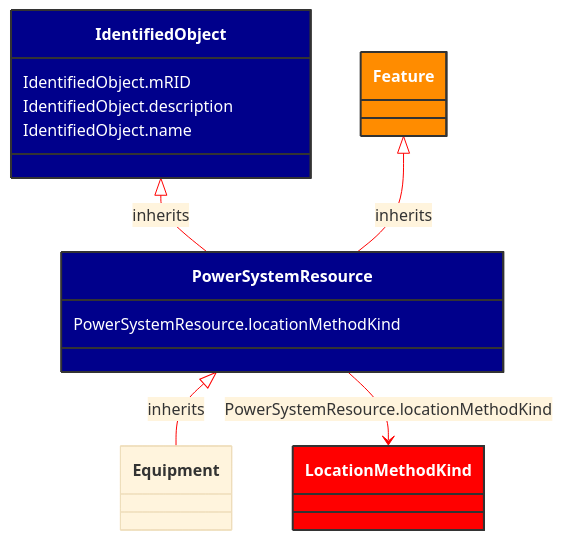
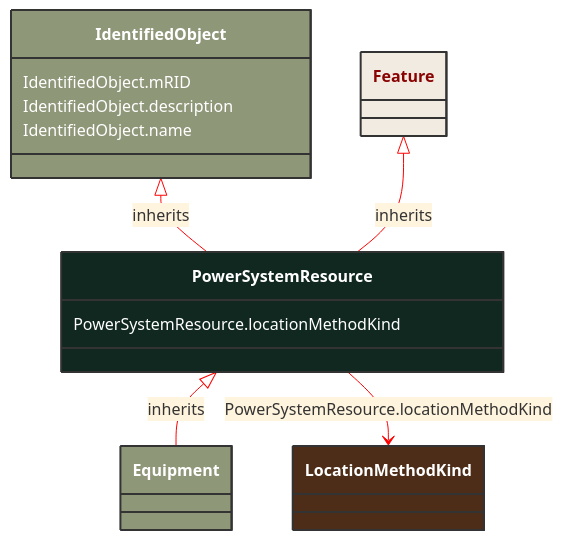
Before and after one commit to 3lbits/NoCIMExtensions: the diagram in docs/Models/Profiles/AviationObstacle/AbstractClasses/PowerSystemResource.md, drawn with Mermaid. The commit also changed 190 other files, not shown here.

````diff
--- a/docs/Models/Profiles/AviationObstacle/AbstractClasses/PowerSystemResource.md
+++ b/docs/Models/Profiles/AviationObstacle/AbstractClasses/PowerSystemResource.md
@@ -10,35 +10,33 @@
 ```mermaid
 %%{init: {'theme':'base','themeVariables': {'lineColor': '#FF0000'}}}%%
 classDiagram
     class PowerSystemResource
     click PowerSystemResource href "/Models/Profiles/AviationObstacle/AbstractClasses/PowerSystemResource/"
-    style PowerSystemResource fill:#006400,stroke:#333,stroke-width:2px,rx:10,ry:10,color:white
+    style PowerSystemResource fill:#102820,stroke:#333,stroke-width:2px,rx:10,ry:10,color:white
 
         PowerSystemResource <|-- Equipment : inherits
-            click PowerSystemResource href "/Models/Profiles/AviationObstacle/AbstractClasses/PowerSystemResource/"
-            style PowerSystemResource fill:#00008B,stroke:#333,stroke-width:2px,rx:10,ry:10,color:white
 
         Equipment
             click Equipment href "/Models/Profiles/AviationObstacle/AbstractClasses/Equipment/"
-            style PowerSystemResource fill:#00008B,stroke:#333,stroke-width:2px,rx:10,ry:10,color:white
-
+            style Equipment fill:#8F9779,stroke:#333,stroke-width:2px,rx:10,ry:10,color:white
+     
         IdentifiedObject <|-- PowerSystemResource : inherits
             click IdentifiedObject href "/Models/Profiles/AviationObstacle/AbstractClasses/IdentifiedObject/"
-            style IdentifiedObject fill:#00008B,stroke:#333,stroke-width:2px,rx:10,ry:10,color:white
+            style IdentifiedObject fill:#8F9779,stroke:#333,stroke-width:2px,rx:10,ry:10,color:white
 
         Feature <|-- PowerSystemResource : inherits
             click Feature href "/Models/Profiles/AviationObstacle/ConcreteClasses/Feature/"
-            style Feature fill:#FF8C00,stroke:#333,stroke-width:2px,rx:10,ry:10,color:white
+            style Feature fill:#F2EBE2,stroke:#333,stroke-width:2px,rx:10,ry:10,color:#8A0303
 
 
         PowerSystemResource --> LocationMethodKind : PowerSystemResource.locationMethodKind
 
         LocationMethodKind
             click LocationMethodKind href "/Models/Profiles/AviationObstacle/Enumerations/LocationMethodKind/"
-            style LocationMethodKind fill:#FF0000,stroke:#333,stroke-width:2px,rx:10,ry:10,color:white
+            style LocationMethodKind fill:#4D2D18,stroke:#333,stroke-width:2px,rx:10,ry:10,color:white
 
         PowerSystemResource : PowerSystemResource.locationMethodKind
         IdentifiedObject : IdentifiedObject.mRID
         IdentifiedObject : IdentifiedObject.description
         IdentifiedObject : IdentifiedObject.name
 ```
````
